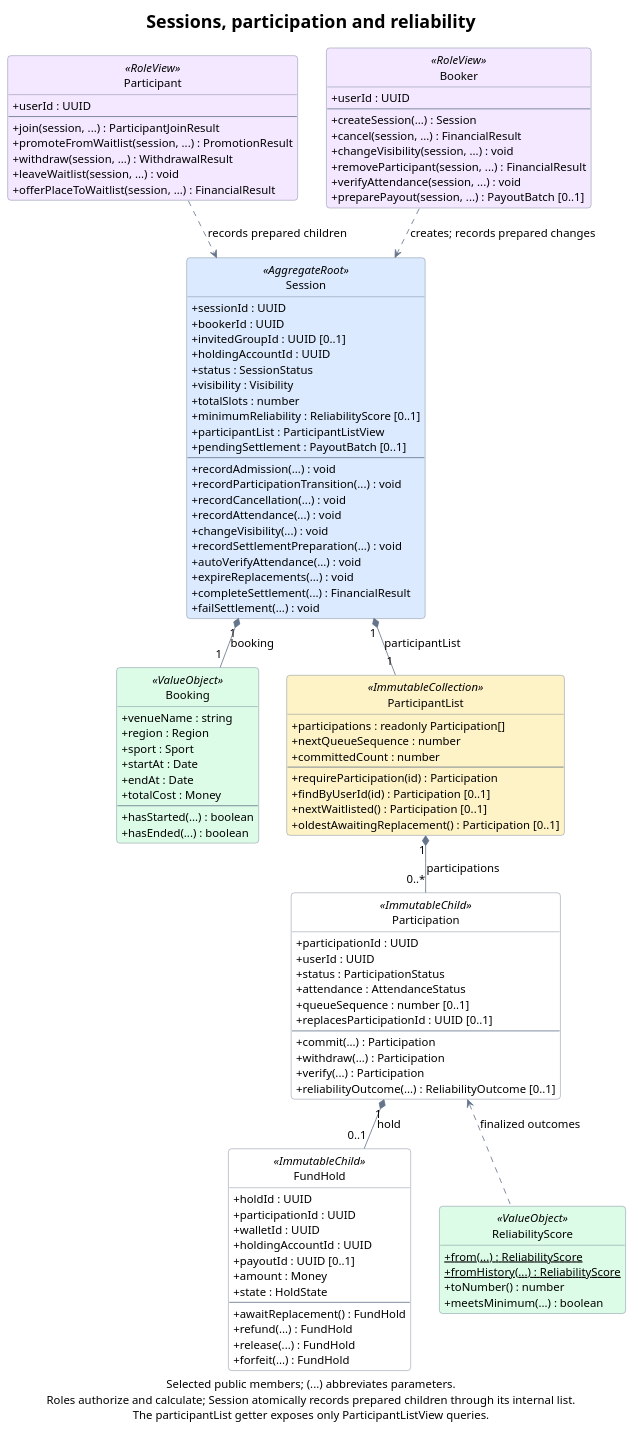
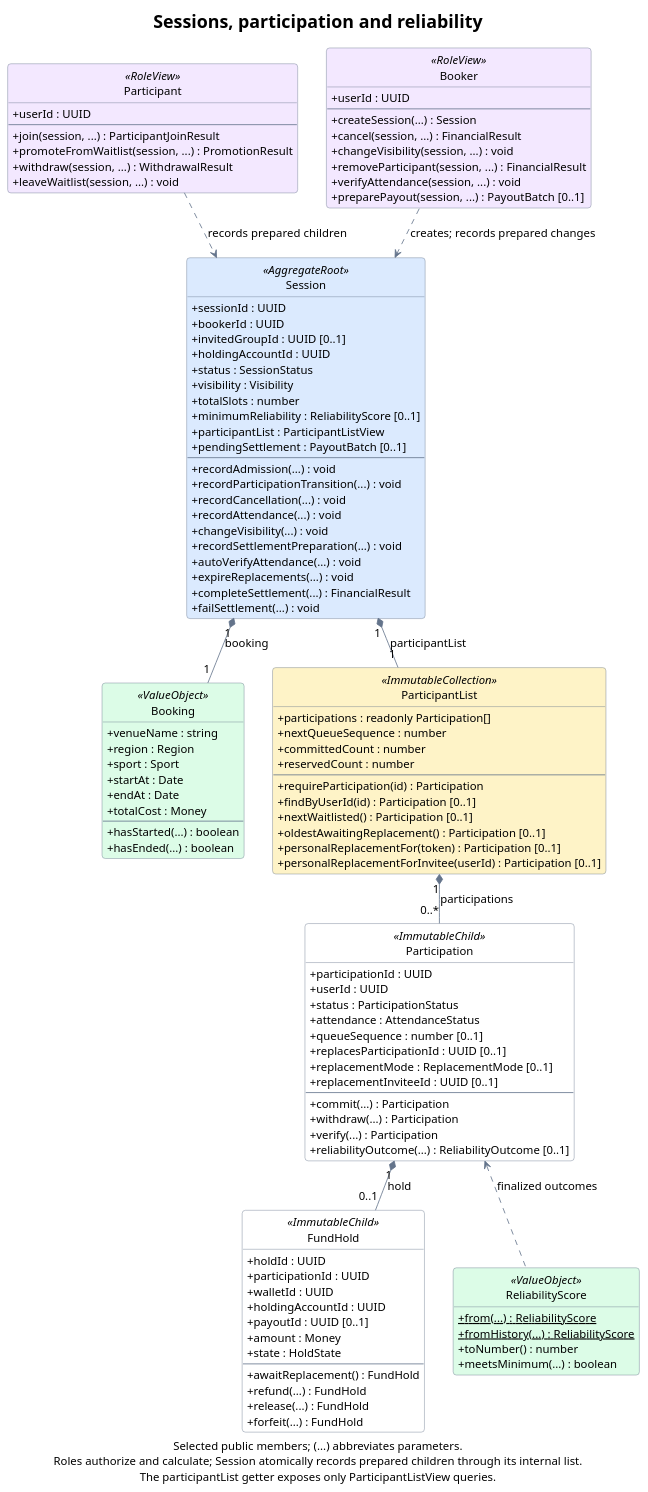
Before and after one commit to rbrishi15/booking-web-manager: the diagram in docs/diagrams/domain-sessions.puml, drawn with PlantUML. The commit also changed 23 other files, not shown here.

```diff
--- a/docs/diagrams/domain-sessions.puml
+++ b/docs/diagrams/domain-sessions.puml
@@ -1,140 +1,144 @@
 @startuml domain-sessions
 title Sessions, participation and reliability
 
 top to bottom direction
 hide empty members
 hide circle
 skinparam backgroundColor #FFFFFF
 skinparam shadowing false
 skinparam roundcorner 8
 skinparam defaultFontName SansSerif
 skinparam defaultFontSize 14
 skinparam titleFontSize 22
 skinparam ArrowColor #64748B
 skinparam classBorderColor #64748B
 skinparam classBackgroundColor #FFFFFF
 skinparam classBackgroundColor<<AggregateRoot>> #DBEAFE
 skinparam classBackgroundColor<<ValueObject>> #DCFCE7
 skinparam classBackgroundColor<<RoleView>> #F3E8FF
 skinparam classBackgroundColor<<ImmutableCollection>> #FEF3C7
 skinparam classAttributeIconSize 0
 skinparam linetype polyline
 skinparam nodesep 35
 skinparam ranksep 40
 
 class Session <<AggregateRoot>> {
   +sessionId : UUID
   +bookerId : UUID
   +invitedGroupId : UUID [0..1]
   +holdingAccountId : UUID
   +status : SessionStatus
   +visibility : Visibility
   +totalSlots : number
   +minimumReliability : ReliabilityScore [0..1]
   +participantList : ParticipantListView
   +pendingSettlement : PayoutBatch [0..1]
   --
   +recordAdmission(...) : void
   +recordParticipationTransition(...) : void
   +recordCancellation(...) : void
   +recordAttendance(...) : void
   +changeVisibility(...) : void
   +recordSettlementPreparation(...) : void
   +autoVerifyAttendance(...) : void
   +expireReplacements(...) : void
   +completeSettlement(...) : FinancialResult
   +failSettlement(...) : void
 }
 
 class Participant <<RoleView>> {
   +userId : UUID
   --
   +join(session, ...) : ParticipantJoinResult
   +promoteFromWaitlist(session, ...) : PromotionResult
   +withdraw(session, ...) : WithdrawalResult
   +leaveWaitlist(session, ...) : void
-  +offerPlaceToWaitlist(session, ...) : FinancialResult
 }
 
 class Booker <<RoleView>> {
   +userId : UUID
   --
   +createSession(...) : Session
   +cancel(session, ...) : FinancialResult
   +changeVisibility(session, ...) : void
   +removeParticipant(session, ...) : FinancialResult
   +verifyAttendance(session, ...) : void
   +preparePayout(session, ...) : PayoutBatch [0..1]
 }
 
 class Booking <<ValueObject>> {
   +venueName : string
   +region : Region
   +sport : Sport
   +startAt : Date
   +endAt : Date
   +totalCost : Money
   --
   +hasStarted(...) : boolean
   +hasEnded(...) : boolean
 }
 
 class ParticipantList <<ImmutableCollection>> {
   +participations : readonly Participation[]
   +nextQueueSequence : number
   +committedCount : number
+  +reservedCount : number
   --
   +requireParticipation(id) : Participation
   +findByUserId(id) : Participation [0..1]
   +nextWaitlisted() : Participation [0..1]
   +oldestAwaitingReplacement() : Participation [0..1]
+  +personalReplacementFor(token) : Participation [0..1]
+  +personalReplacementForInvitee(userId) : Participation [0..1]
 }
 
 class Participation <<ImmutableChild>> {
   +participationId : UUID
   +userId : UUID
   +status : ParticipationStatus
   +attendance : AttendanceStatus
   +queueSequence : number [0..1]
   +replacesParticipationId : UUID [0..1]
+  +replacementMode : ReplacementMode [0..1]
+  +replacementInviteeId : UUID [0..1]
   --
   +commit(...) : Participation
   +withdraw(...) : Participation
   +verify(...) : Participation
   +reliabilityOutcome(...) : ReliabilityOutcome [0..1]
 }
 
 class FundHold <<ImmutableChild>> {
   +holdId : UUID
   +participationId : UUID
   +walletId : UUID
   +holdingAccountId : UUID
   +payoutId : UUID [0..1]
   +amount : Money
   +state : HoldState
   --
   +awaitReplacement() : FundHold
   +refund(...) : FundHold
   +release(...) : FundHold
   +forfeit(...) : FundHold
 }
 
 class ReliabilityScore <<ValueObject>> {
   {static} +from(...) : ReliabilityScore
   {static} +fromHistory(...) : ReliabilityScore
   +toNumber() : number
   +meetsMinimum(...) : boolean
 }
 
 Session "1" *-down- "1" Booking : booking
 Participant .down.> Session : records prepared children
 Booker .down.> Session : creates; records prepared changes
 Session "1" *-down- "1" ParticipantList : participantList
 ParticipantList "1" *-down- "0..*" Participation : participations
 Participation "1" *-down- "0..1" FundHold : hold
 ReliabilityScore .up.> Participation : finalized outcomes
 Booking -[hidden]right- ParticipantList
 FundHold -[hidden]right- ReliabilityScore
 
 caption Selected public members; (...) abbreviates parameters.\nRoles authorize and calculate; Session atomically records prepared children through its internal list.\nThe participantList getter exposes only ParticipantListView queries.
 @enduml
```
